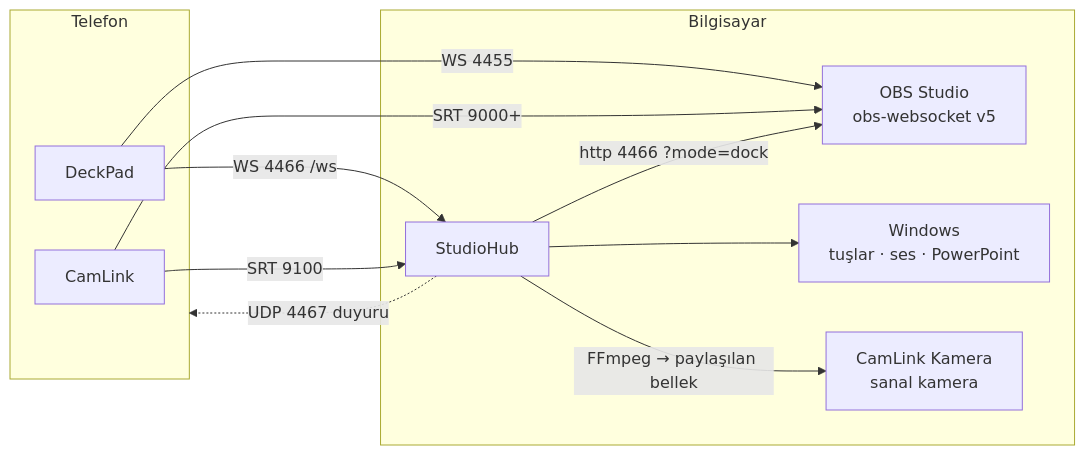
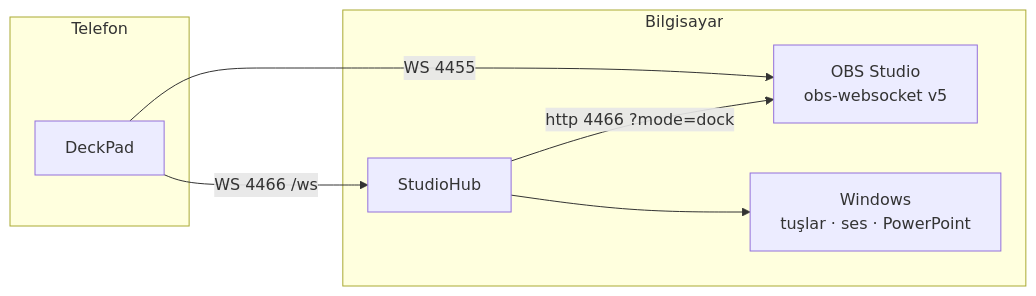
One commit to MihrimatriX/deckpad changed the diagram in README.md. Above: the diagram before and after it, drawn with Mermaid. The commit also changed other lines of this file and 2 other files, not shown here.

````diff
--- a/README.md
+++ b/README.md
@@ -24,21 +31,15 @@
 ```mermaid
 flowchart LR
   subgraph Telefon
     DP[DeckPad]
-    CL[CamLink]
   end
   subgraph Bilgisayar
     OBS[OBS Studio<br/>obs-websocket v5]
     SH[StudioHub]
     WIN[Windows<br/>tuşlar · ses · PowerPoint]
-    CAM[CamLink Kamera<br/>sanal kamera]
   end
   DP -- "WS 4455" --> OBS
   DP -- "WS 4466 /ws" --> SH
   SH --> WIN
-  CL -- "SRT 9000+" --> OBS
-  CL -- "SRT 9100" --> SH
-  SH -- "FFmpeg → paylaşılan bellek" --> CAM
-  SH -. "UDP 4467 duyuru" .-> Telefon
   SH -- "http 4466 ?mode=dock" --> OBS
 ```
````
